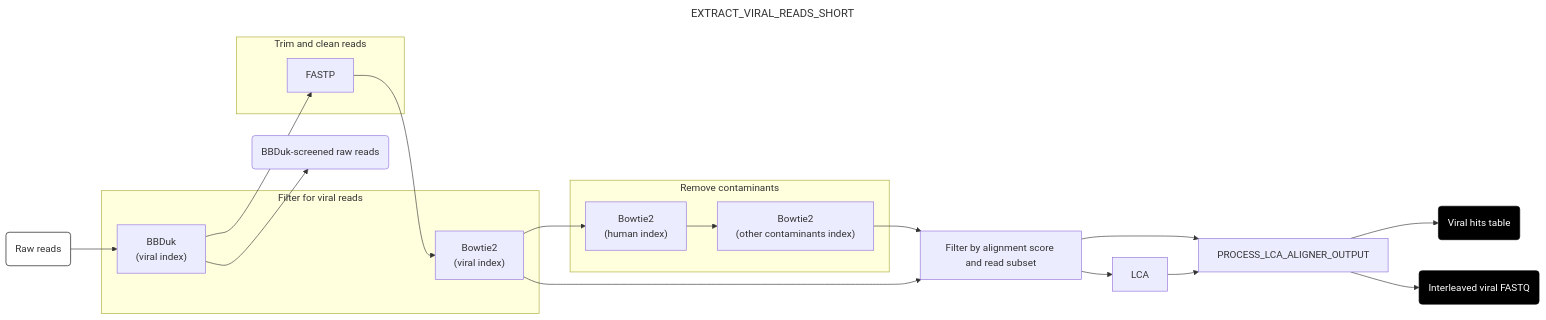
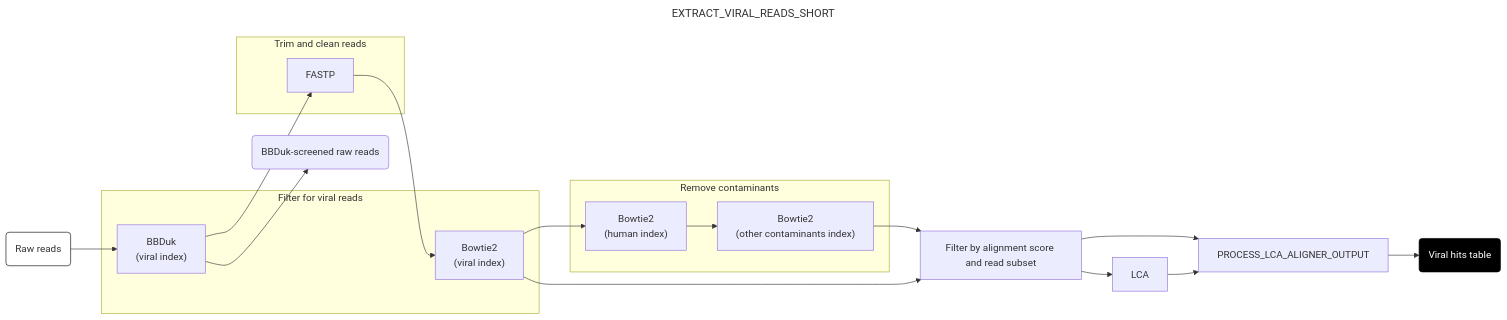
The sixth of 9 diagrams in docs/run.md (securebio/nao-mgs-workflow), drawn with Mermaid before and after one commit. The commit also changed other lines of this file and 2 other files, not shown here.

````diff
--- a/docs/run.md
+++ b/docs/run.md
@@ -195,36 +195,34 @@
 ```mermaid
 ---
 title: EXTRACT_VIRAL_READS_SHORT
 config:
   layout: horizontal
 ---
 flowchart LR
 A(Raw reads) --> B["BBDuk <br> (viral index)"]
 B --> M(BBDuk-screened raw reads)
 B --> C[FASTP]
 C --> E["Bowtie2 <br> (viral index)"]
 E --> F["Bowtie2 <br> (human index)"]
 F --> G["Bowtie2 <br> (other contaminants index)"]
 G --> H[Filter by alignment score and read subset]
 E --> H
 H --> I[LCA]
 H --> J
 I --> J[PROCESS_LCA_ALIGNER_OUTPUT]
 J --> K(Viral hits table)
-J --> L(Interleaved viral FASTQ)
 
 subgraph "Filter for viral reads"
 B
 E
 end
 subgraph "Trim and clean reads"
 C
 end
 subgraph "Remove contaminants"
 F
 G
 end
 style A fill:#fff,stroke:#000
 style K fill:#000,color:#fff,stroke:#000
-style L fill:#000,color:#fff,stroke:#000
 ```
````
